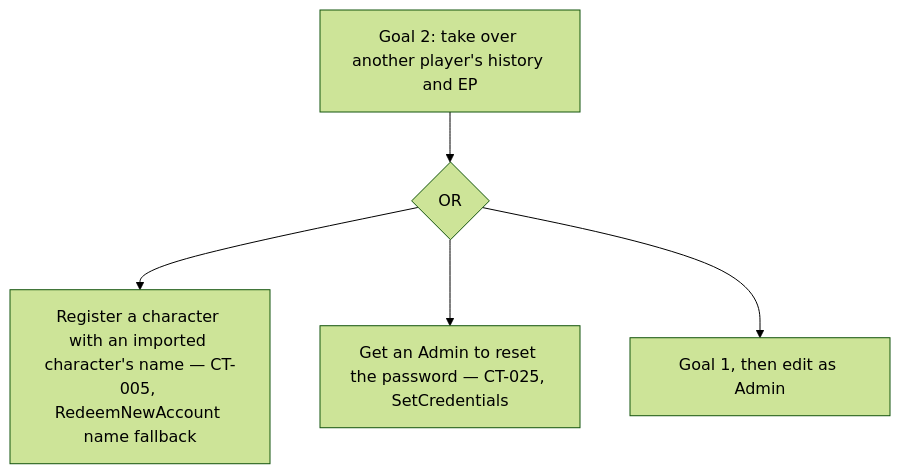
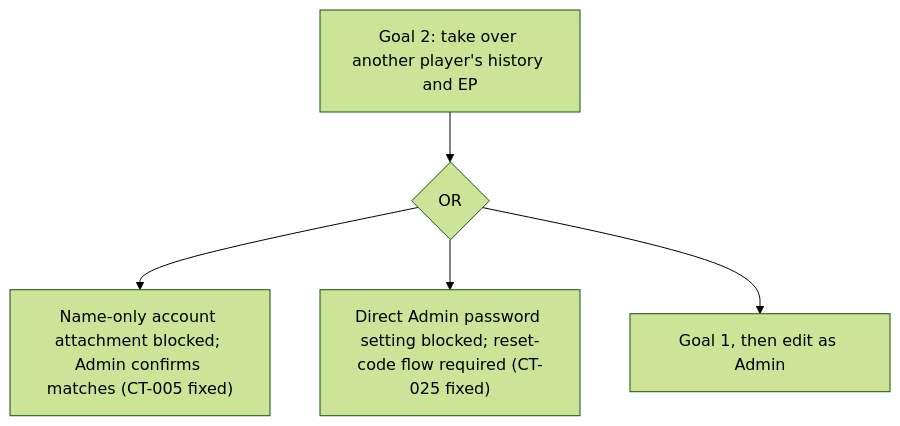
Before and after one commit to robinschweitz/raid-website: the second of 3 diagrams in THREAT_MODEL_CODE.md, drawn with Mermaid (forest theme). The commit also changed other lines of this file and 2 other files, not shown here.

````diff
--- a/THREAT_MODEL_CODE.md
+++ b/THREAT_MODEL_CODE.md
@@ -259,7 +266,7 @@
 ```mermaid
 flowchart TD
   G2["Goal 2: take over another player's history and EP"] --> O{OR}
-  O --> B1["Register a character with an imported character's name — CT-005, RedeemNewAccount name fallback"]
-  O --> B2["Get an Admin to reset the password — CT-025, SetCredentials"]
+  O --> B1["Name-only account attachment blocked; Admin confirms matches (CT-005 fixed)"]
+  O --> B2["Direct Admin password setting blocked; reset-code flow required (CT-025 fixed)"]
   O --> B3["Goal 1, then edit as Admin"]
 ```
````
